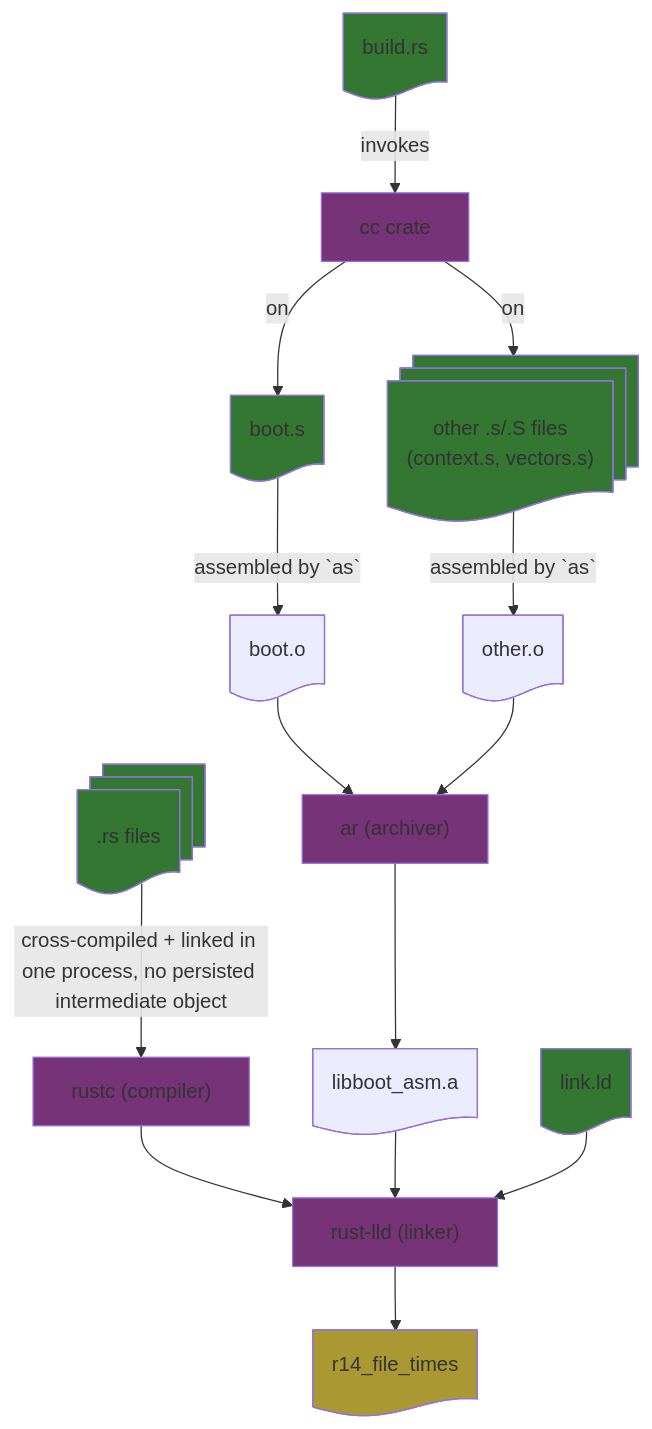
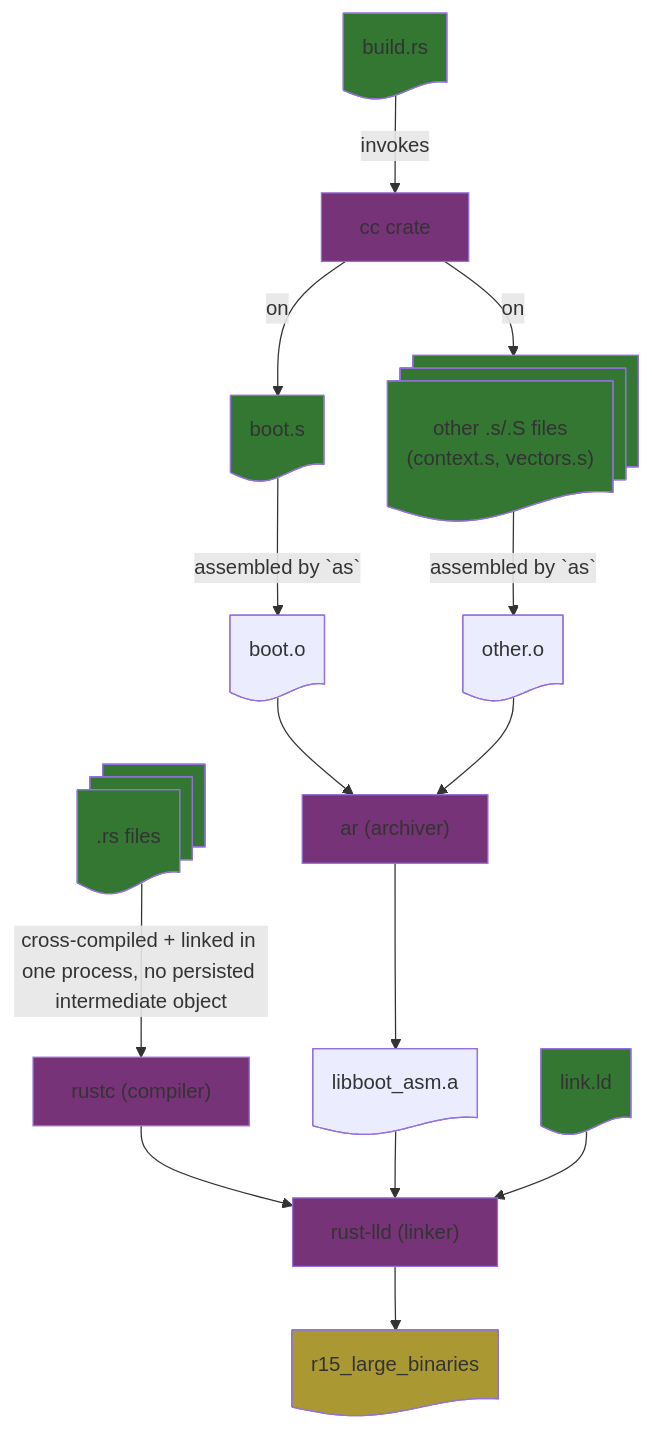
Before and after one commit to yinchi/qemu_lab: the diagram in rust/docs/build_sequence.md, drawn with Mermaid. The commit also changed other lines of this file and 145 other files, not shown here.

````diff
--- a/rust/docs/build_sequence.md
+++ b/rust/docs/build_sequence.md
@@ -3,45 +3,45 @@
 ```mermaid
 graph TD;
     cc@{shape: proc, label: "cc crate"}
     ar@{shape: proc, label: "ar (archiver)"}
     rust-lld@{shape: proc, label: "rust-lld (linker)"}
     rustc@{shape: proc, label: "rustc (compiler)"}
 
     style cc fill:#737
     style ar fill:#737
     style rust-lld fill:#737
     style rustc fill:#737
 
     build.rs@{shape: doc}
     style build.rs fill:#373
 
     boot.s@{shape: doc}
     other.S@{shape: docs, label: "other .s/.S files<br/>(context.s, vectors.s)"}
     style boot.s fill:#373
     style other.S fill:#373
 
     boot.o@{shape: doc}
     other.o@{shape: doc}
     libboot_asm.a@{shape: doc}
     main.rs@{shape: docs, label: ".rs files"}
     style main.rs fill:#373
     link.ld@{shape: doc}
     style link.ld fill:#373
-    r14_file_times@{shape: doc}
-    style r14_file_times fill:#a93
+    r15_large_binaries@{shape: doc}
+    style r15_large_binaries fill:#a93
 
     build.rs -- "invokes" --> cc -- "on" --> boot.s
     cc -- "on" --> other.S
 
     boot.s -- assembled by `as` --> boot.o
     other.S -- assembled by `as` --> other.o
 
     boot.o --> ar
     other.o --> ar --> libboot_asm.a
 
     main.rs -- "cross-compiled + linked in one process, no persisted intermediate object" --> rustc --> rust-lld
     libboot_asm.a --> rust-lld
     link.ld --> rust-lld
 
-    rust-lld --> r14_file_times
+    rust-lld --> r15_large_binaries
 ```
````
